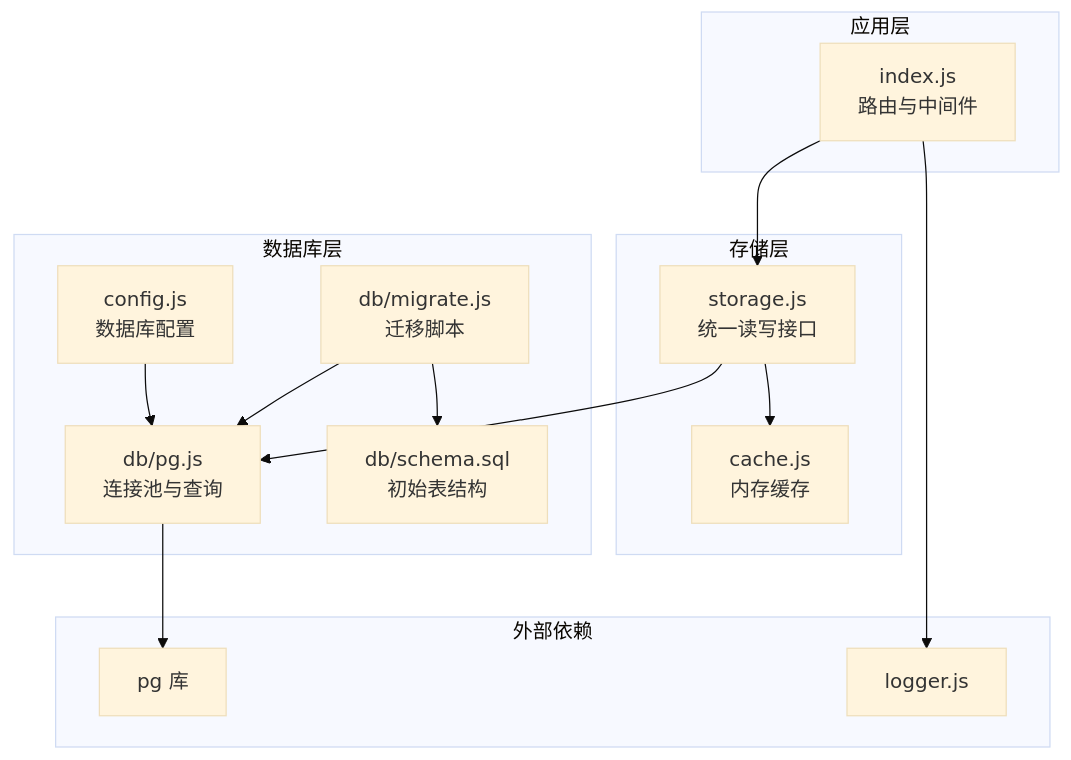
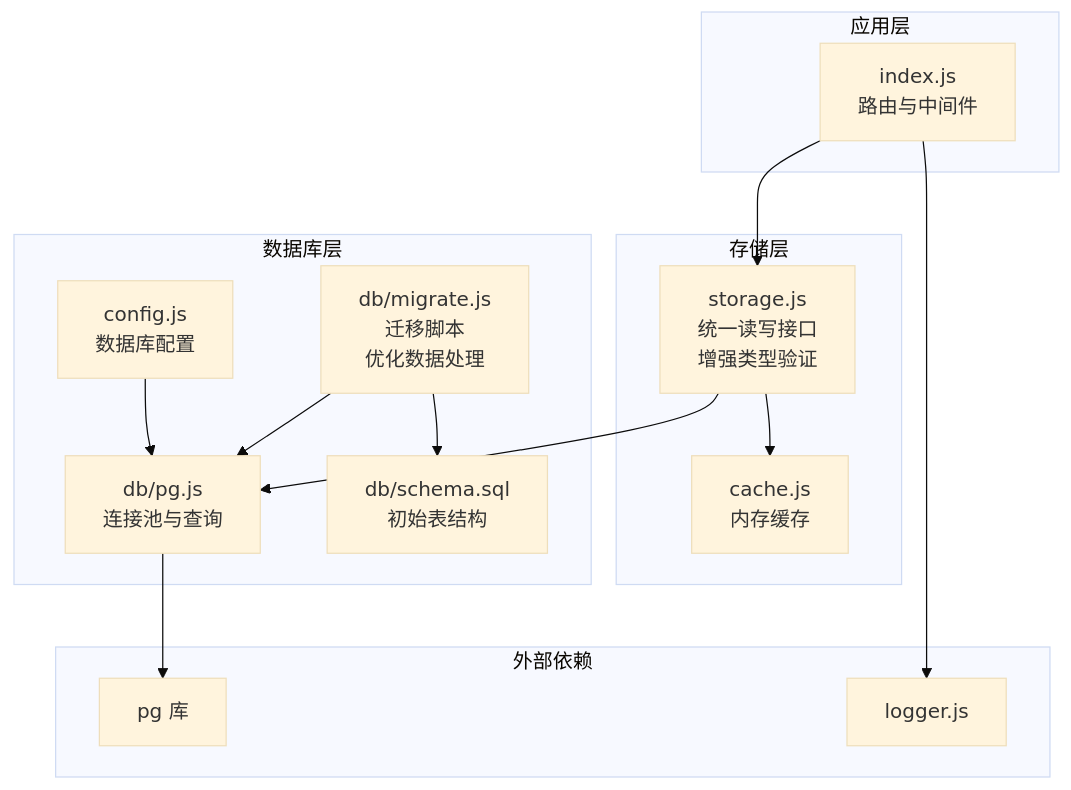
The first of 6 diagrams in .qoder/repowiki/zh/content/后端服务架构/数据存储系统/PostgreSQL数据库集成.md (Giraffe-Han/microAPP), drawn with Mermaid (base theme) before and after one commit. The commit also changed other lines of this file and 42 other files, not shown here.

````diff
--- a/.qoder/repowiki/zh/content/后端服务架构/数据存储系统/PostgreSQL数据库集成.md
+++ b/.qoder/repowiki/zh/content/后端服务架构/数据存储系统/PostgreSQL数据库集成.md
@@ -45,28 +54,28 @@
 ```mermaid
 graph TB
 subgraph "应用层"
 IDX["index.js<br/>路由与中间件"]
 end
 subgraph "存储层"
-ST["storage.js<br/>统一读写接口"]
+ST["storage.js<br/>统一读写接口<br/>增强类型验证"]
 CA["cache.js<br/>内存缓存"]
 end
 subgraph "数据库层"
 CFG["config.js<br/>数据库配置"]
 PG["db/pg.js<br/>连接池与查询"]
-MIG["db/migrate.js<br/>迁移脚本"]
+MIG["db/migrate.js<br/>迁移脚本<br/>优化数据处理"]
 SCH["db/schema.sql<br/>初始表结构"]
 end
 subgraph "外部依赖"
 PGLIB["pg 库"]
 LOG["logger.js"]
 end
 IDX --> ST
 ST --> CA
 ST --> PG
 PG --> PGLIB
 MIG --> PG
 MIG --> SCH
 CFG --> PG
 IDX --> LOG
 ```
````
